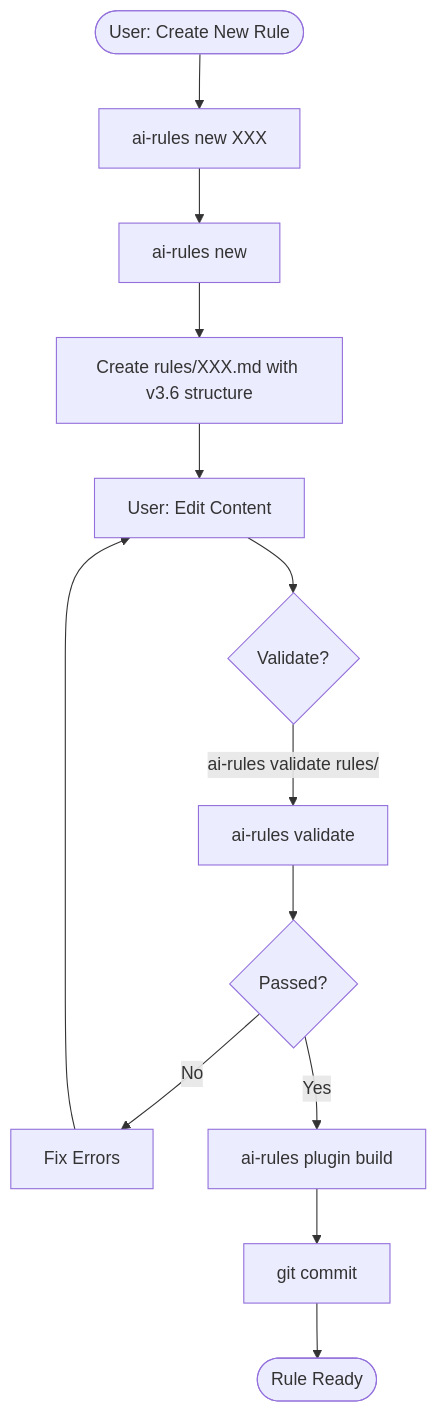
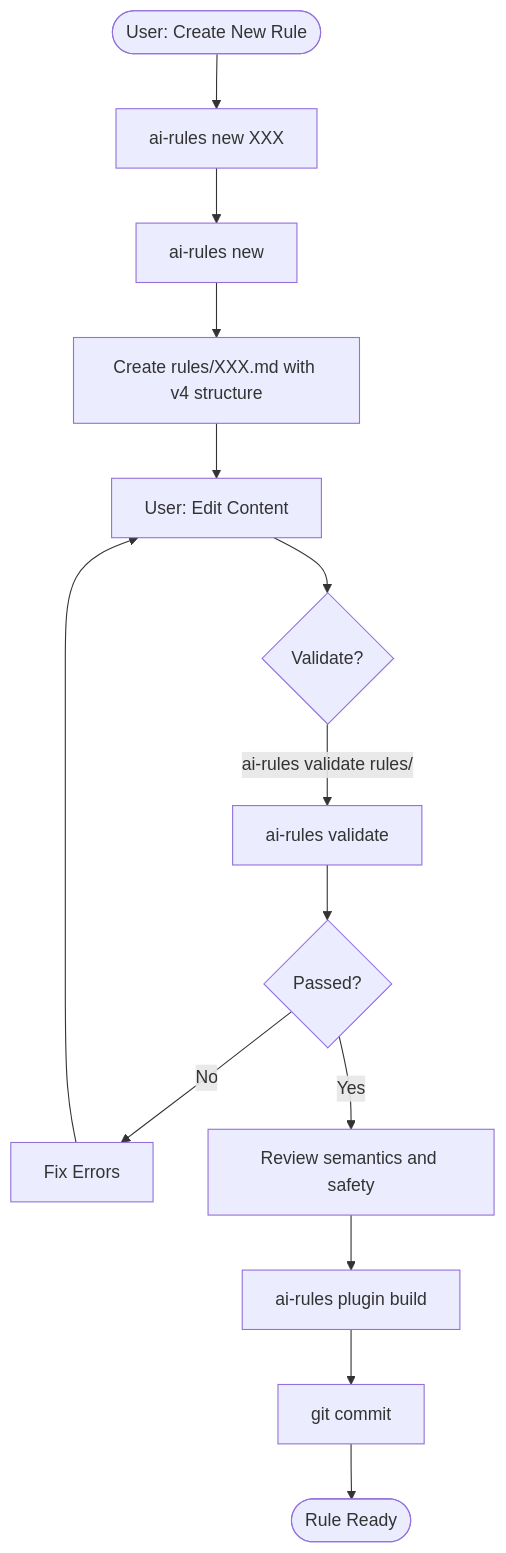
Before and after one commit to sfc-gh-myoung/ai_coding_rules: the first of 2 diagrams in docs/ARCHITECTURE.md, drawn with Mermaid. The commit also changed other lines of this file and 9 other files, not shown here.

````diff
--- a/docs/ARCHITECTURE.md
+++ b/docs/ARCHITECTURE.md
@@ -432,15 +429,16 @@
 ```mermaid
 flowchart TD
     Start([User: Create New Rule]) --> Generate
     Generate["ai-rules new XXX"] --> Template
-    Template[ai-rules new] --> Create[Create rules/XXX.md with v3.6 structure]
+    Template[ai-rules new] --> Create[Create rules/XXX.md with v4 structure]
     Create --> Edit[User: Edit Content]
     Edit --> Validate{Validate?}
     Validate -->|"ai-rules validate rules/"| SchemaVal[ai-rules validate]
     SchemaVal --> Pass{Passed?}
     Pass -->|No| Fix[Fix Errors]
     Fix --> Edit
-    Pass -->|Yes| Build["ai-rules plugin build"]
+    Pass -->|Yes| Review[Review semantics and safety]
+    Review --> Build["ai-rules plugin build"]
     Build --> Commit[git commit]
     Commit --> End([Rule Ready])
 ```
````
